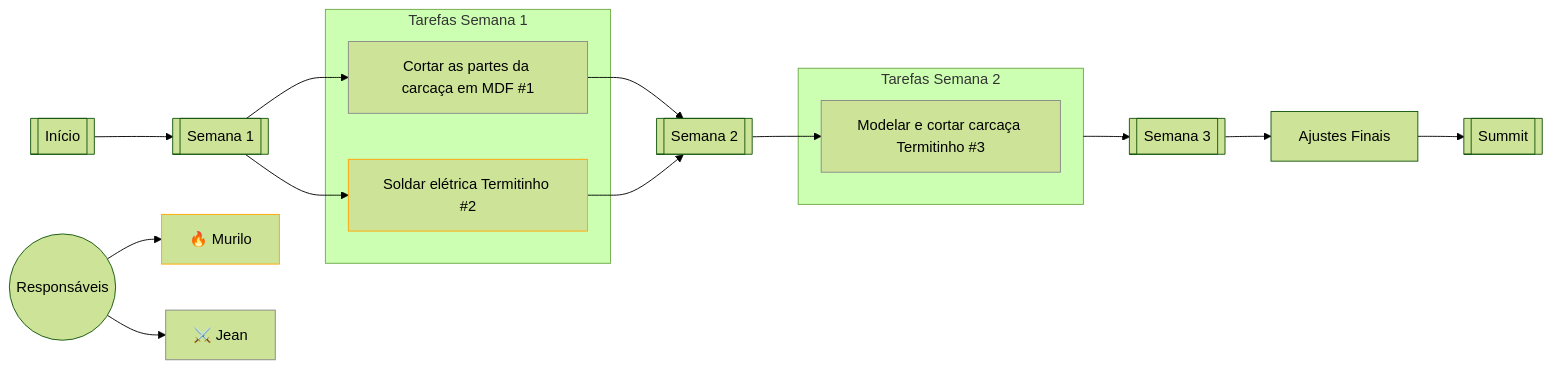
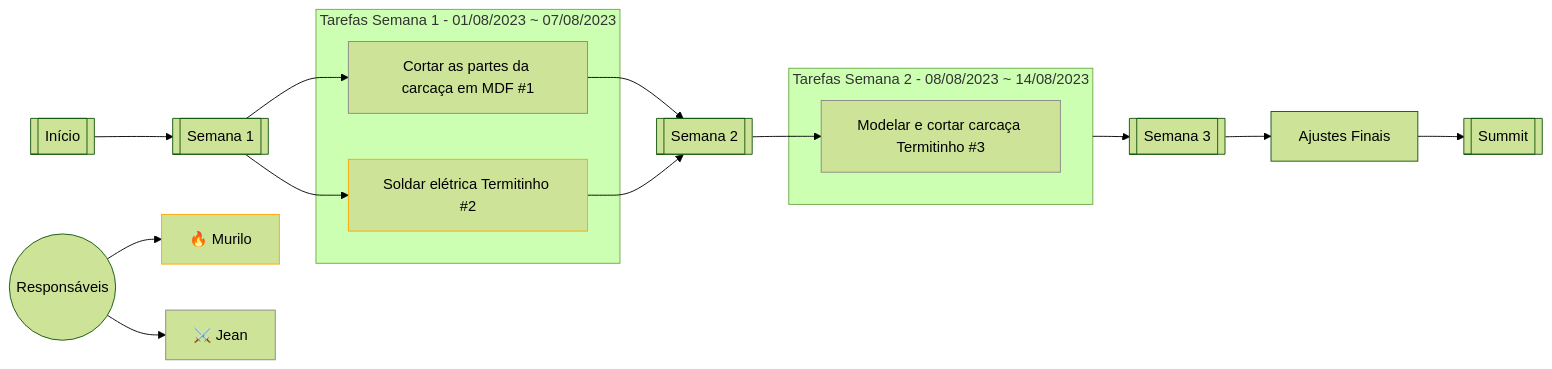
The fourth of 4 diagrams in profile/README.md (Equipe-SJBots/.github), drawn with Mermaid (forest theme) before and after one commit. The commit also changed other lines of this file, not shown here.

````diff
--- a/profile/README.md
+++ b/profile/README.md
@@ -179,47 +179,47 @@
 ```mermaid
 
 %% ---
 %% title: PROGRESSÃO TERMITINHO
 %% ---
 flowchart LR
 
   s0[[Início]]
   s1[[Semana 1]]
   s2[[Semana 2]]
   s3[[Semana 3]]
   af["Ajustes Finais"]
   c1[[Summit]]
 
 
   rp((Responsáveis))
   r1["🔥 Murilo"]:::murilo
   r2["⚔️ Jean"]:::jean
 
-  subgraph ss1 [Tarefas Semana 1]
+  subgraph ss1 [Tarefas Semana 1 - 01/08/2023 ~ 07/08/2023]
     i1["Cortar as partes da carcaça em MDF #1"]:::jean
     i2["Soldar elétrica Termitinho #2"]:::murilo
   end
 
-  subgraph ss2 [Tarefas Semana 2]
+  subgraph ss2 [Tarefas Semana 2 - 08/08/2023 ~ 14/08/2023]
     i3["Modelar e cortar carcaça Termitinho #3"]:::jean
   end
 
   s0 --> s1
   s1 --> i1 & i2 --> s2 --> i3
   ss2 --> s3 --> af --> c1
 
   rp --> r1 & r2
 
   click i1 "https://github.com/Equipe-SJBots/termitinho/issues/1"
   click i2 "https://github.com/Equipe-SJBots/termitinho/issues/2"
   click i3 "https://github.com/Equipe-SJBots/termitinho/issues/3"
 
   classDef manoel    stroke:#FF0000
   classDef marcelo   stroke:#00FF00
   classDef krishna   stroke:#0000FF
   classDef jean      stroke:#888888
   classDef joao      stroke:#00FFFF
   classDef julia     stroke:#FFFF00
   classDef herick    stroke:#FF00FF
   classDef murilo    stroke:#ffa500
 ```
````
